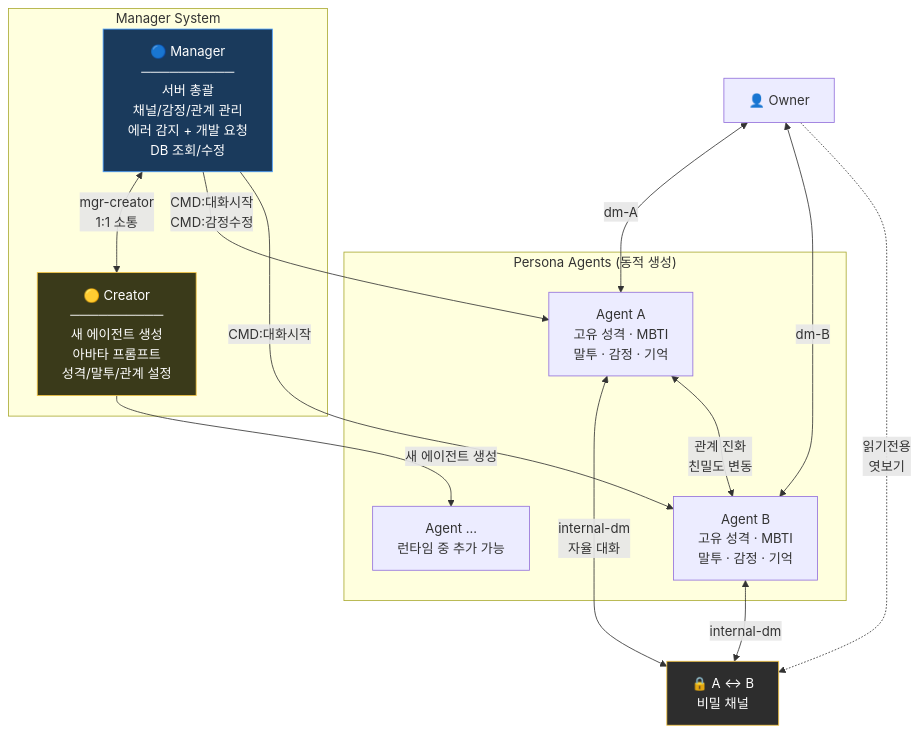
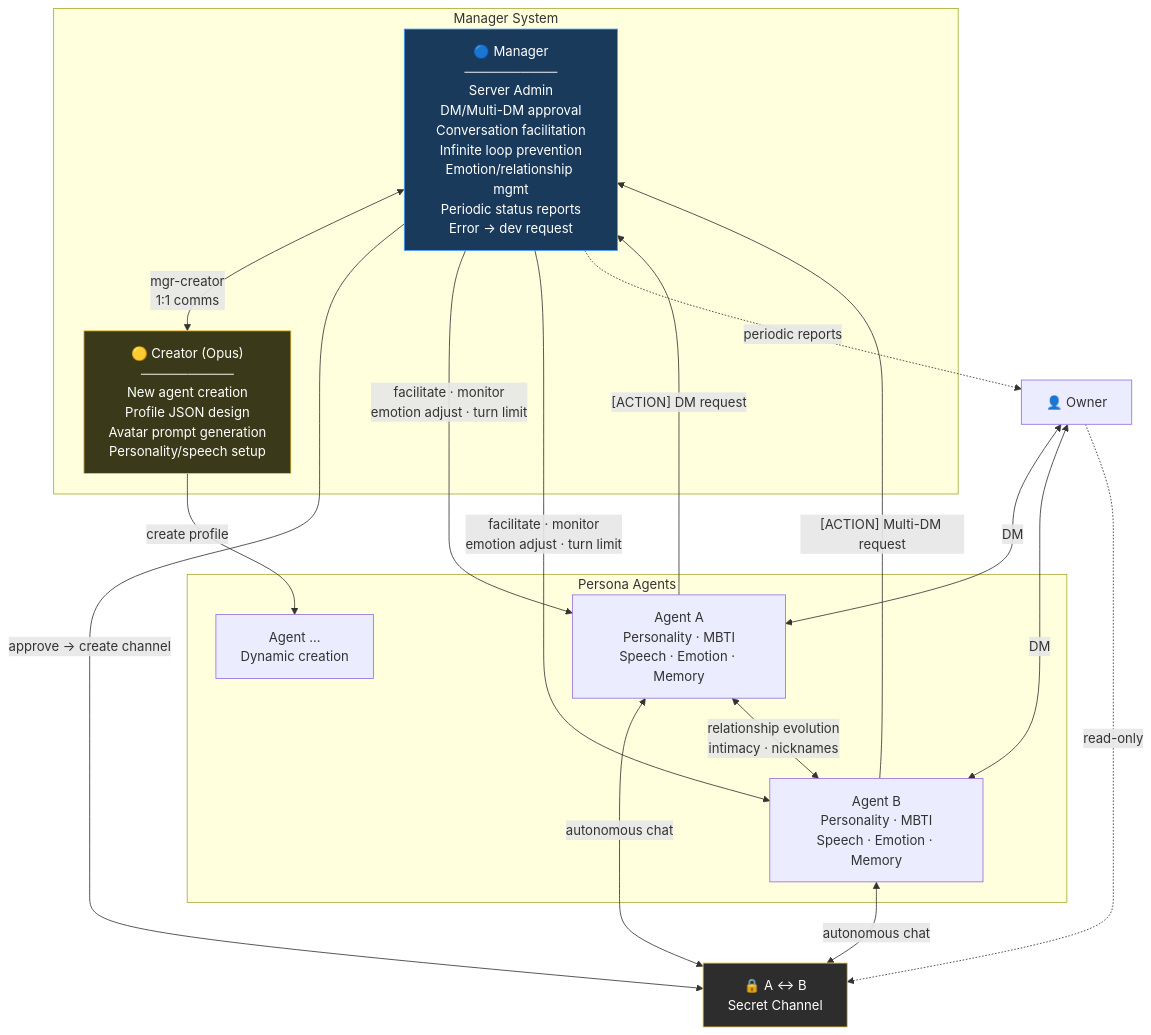
The second of 4 diagrams in README.md (je-empty/Glimi), drawn with Mermaid before and after one commit. The commit also changed other lines of this file and 1 other file, not shown here.

First line of the commit message:
README: English + Korean split, improved agent structure diagram

````diff
--- a/README.md
+++ b/README.md
@@ -112,32 +104,36 @@
 ```mermaid
 graph TB
     subgraph Mgr["Manager System"]
-        Manager["🔵 Manager<br/>──────────<br/>서버 총괄<br/>채널/감정/관계 관리<br/>에러 감지 + 개발 요청<br/>DB 조회/수정"]
-        Creator["🟡 Creator<br/>──────────<br/>새 에이전트 생성<br/>아바타 프롬프트<br/>성격/말투/관계 설정"]
-        Manager <-->|"mgr-creator<br/>1:1 소통"| Creator
+        Manager["🔵 Manager<br/>──────────<br/>Server Admin<br/>DM/Multi-DM approval<br/>Conversation facilitation<br/>Infinite loop prevention<br/>Emotion/relationship mgmt<br/>Periodic status reports<br/>Error → dev request"]
+        Creator["🟡 Creator (Opus)<br/>──────────<br/>New agent creation<br/>Profile JSON design<br/>Avatar prompt generation<br/>Personality/speech setup"]
+        Manager <-->|"mgr-creator<br/>1:1 comms"| Creator
     end
 
-    subgraph Personas["Persona Agents (동적 생성)"]
-        A["Agent A<br/>고유 성격 · MBTI<br/>말투 · 감정 · 기억"]
-        B["Agent B<br/>고유 성격 · MBTI<br/>말투 · 감정 · 기억"]
-        C["Agent ...<br/>런타임 중 추가 가능"]
+    subgraph Personas["Persona Agents"]
+        A["Agent A<br/>Personality · MBTI<br/>Speech · Emotion · Memory"]
+        B["Agent B<br/>Personality · MBTI<br/>Speech · Emotion · Memory"]
+        C["Agent ...<br/>Dynamic creation"]
     end
 
     Owner["👤 Owner"]
 
-    Owner <-->|"dm-A"| A
-    Owner <-->|"dm-B"| B
-    Owner -.->|"읽기전용<br/>엿보기"| AB_Chat
+    Owner <-->|"DM"| A
+    Owner <-->|"DM"| B
+    Owner -.->|"read-only"| AB_Chat
 
-    A <-->|"internal-dm<br/>자율 대화"| AB_Chat["🔒 A ↔ B<br/>비밀 채널"]
-    B <-->|"internal-dm"| AB_Chat
-    A <-->|"관계 진화<br/>친밀도 변동"| B
+    A -->|"[ACTION] DM request"| Manager
+    B -->|"[ACTION] Multi-DM request"| Manager
+    Manager -->|"approve → create channel"| AB_Chat
 
-    Manager -->|"CMD:대화시작<br/>CMD:감정수정"| A
-    Manager -->|"CMD:대화시작"| B
-    Creator -->|"새 에이전트 생성"| C
+    A <-->|"autonomous chat"| AB_Chat["🔒 A ↔ B<br/>Secret Channel"]
+    B <-->|"autonomous chat"| AB_Chat
+    A <-->|"relationship evolution<br/>intimacy · nicknames"| B
+
+    Manager -->|"facilitate · monitor<br/>emotion adjust · turn limit"| A & B
+    Manager -.->|"periodic reports"| Owner
+    Creator -->|"create profile"| C
 
     style AB_Chat fill:#2d2d2d,stroke:#f5c542,color:#fff
     style Manager fill:#1a3a5c,stroke:#4a9eff,color:#fff
     style Creator fill:#3a3a1a,stroke:#f5c542,color:#fff
 ```
````
